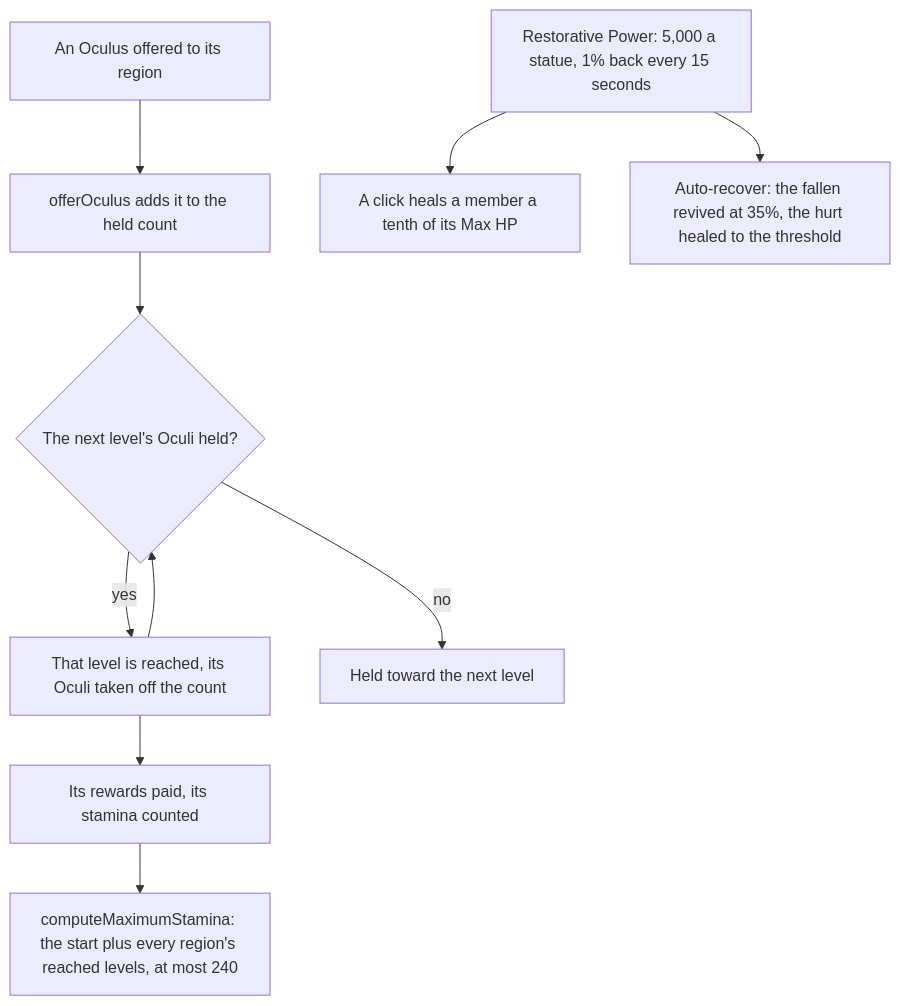
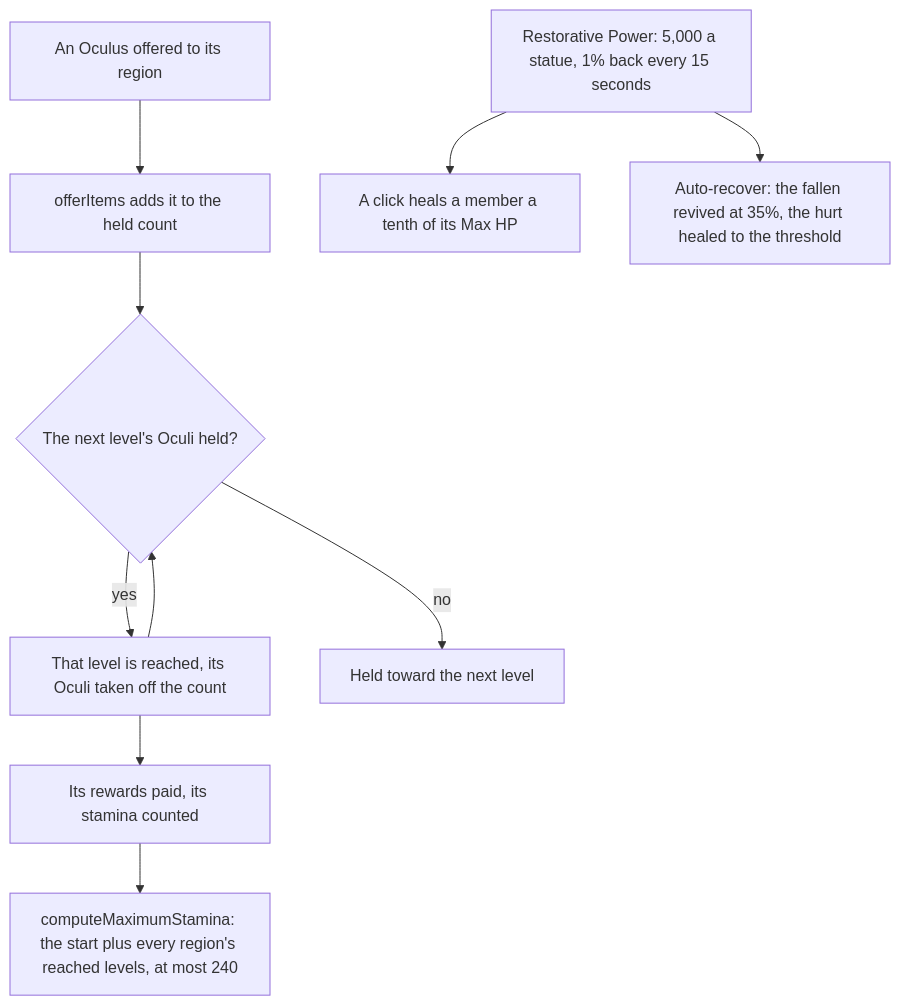
The diagram in apps/web/content/docs/genshin/statues-of-the-seven.md (Esposter/Esposter), drawn with Mermaid before and after one commit. The commit also changed other lines of this file and 31 other files, not shown here.

First line of the commit message:
feat(genshin-world): an offering's items are offered at once and reach each level they cover, the statues' levelling shares that rule, and the Frostbearing Tree's levels are read from the game's offering table

````diff
--- a/apps/web/content/docs/genshin/statues-of-the-seven.md
+++ b/apps/web/content/docs/genshin/statues-of-the-seven.md
@@ -12,12 +12,12 @@
 ```mermaid
 flowchart TD
-  OCULUS["An Oculus offered to its region"] --> OFFER["offerOculus adds it to the held count"]
+  OCULUS["An Oculus offered to its region"] --> OFFER["offerItems adds it to the held count"]
   OFFER --> NEXT{"The next level's Oculi held?"}
   NEXT -->|"yes"| LEVEL["That level is reached, its Oculi taken off the count"]
   LEVEL --> NEXT
   NEXT -->|"no"| HELD["Held toward the next level"]
   LEVEL --> PAY["Its rewards paid, its stamina counted"]
   PAY --> MAX["computeMaximumStamina: the start plus every region's reached levels, at most 240"]
   POOL["Restorative Power: 5,000 a statue, 1% back every 15 seconds"] --> CLICK["A click heals a member a tenth of its Max HP"]
   POOL --> AUTO["Auto-recover: the fallen revived at 35%, the hurt healed to the threshold"]
 ```
````
